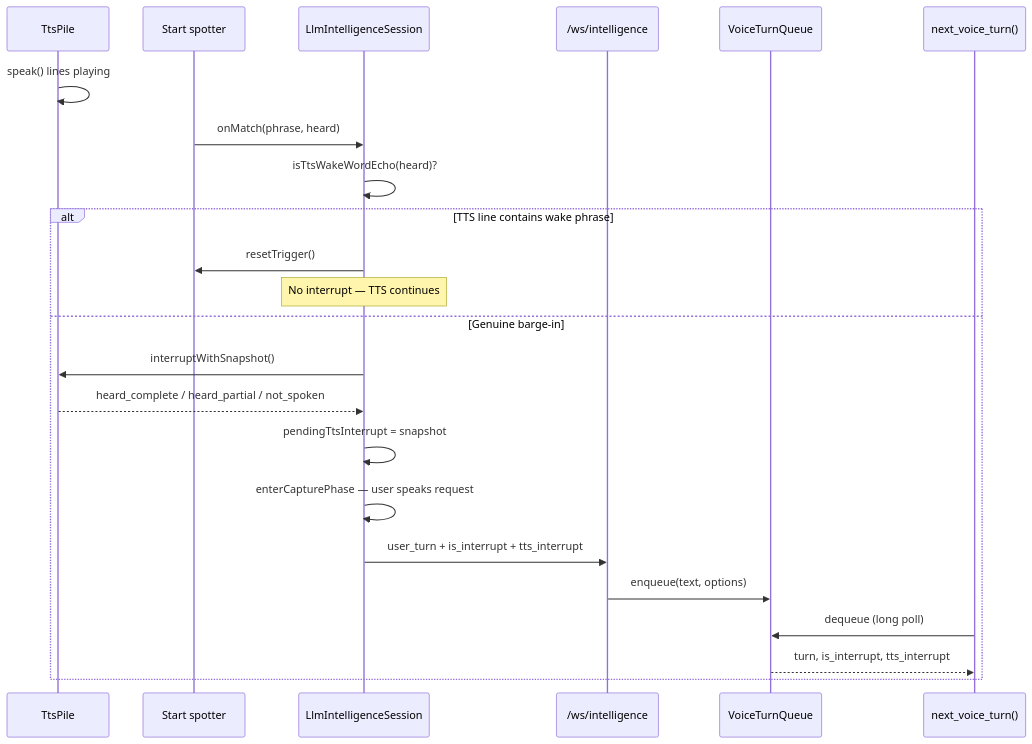
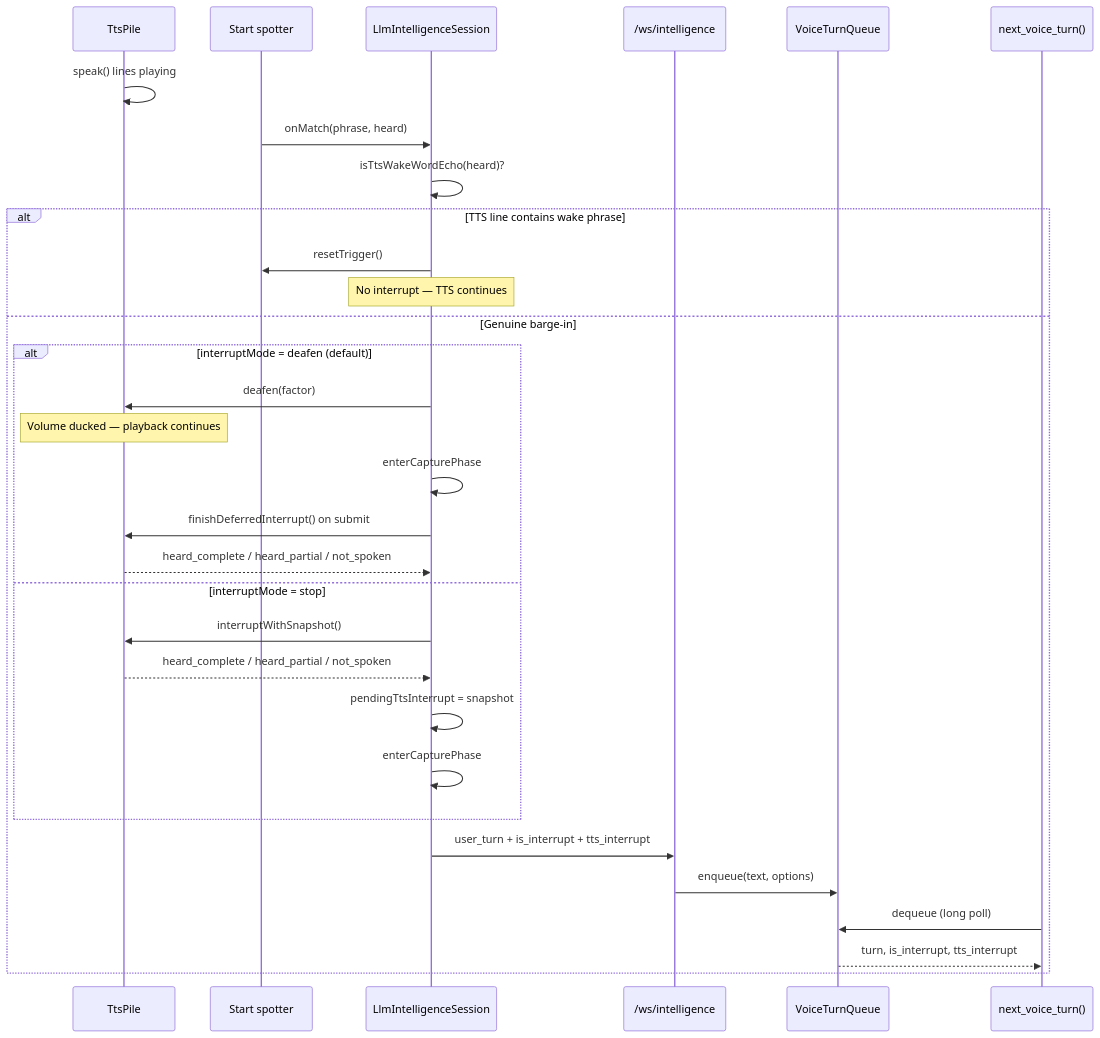
One commit to dixonSolutions/Cursor-Voice changed the diagram in docs/17-tts-barge-in-and-wake-echo.md. Above: the diagram before and after it, drawn with Mermaid. The commit also changed other lines of this file and 39 other files, not shown here.

First line of the commit message:
Add TTS deafen on interrupt, browser voice profiles, and admin config centre.

````diff
--- a/docs/17-tts-barge-in-and-wake-echo.md
+++ b/docs/17-tts-barge-in-and-wake-echo.md
@@ -73,26 +73,34 @@
 ```mermaid
 sequenceDiagram
   participant TTS as TtsPile
   participant Vosk as Start spotter
   participant PWA as LlmIntelligenceSession
   participant WS as /ws/intelligence
   participant Q as VoiceTurnQueue
   participant MCP as next_voice_turn()
 
   TTS->>TTS: speak() lines playing
   Vosk->>PWA: onMatch(phrase, heard)
   PWA->>PWA: isTtsWakeWordEcho(heard)?
   alt TTS line contains wake phrase
     PWA->>Vosk: resetTrigger()
     Note over PWA: No interrupt — TTS continues
   else Genuine barge-in
-    PWA->>TTS: interruptWithSnapshot()
-    TTS-->>PWA: heard_complete / heard_partial / not_spoken
-    PWA->>PWA: pendingTtsInterrupt = snapshot
-    PWA->>PWA: enterCapturePhase — user speaks request
+    alt interruptMode = deafen (default)
+      PWA->>TTS: deafen(factor)
+      Note over TTS: Volume ducked — playback continues
+      PWA->>PWA: enterCapturePhase
+      PWA->>TTS: finishDeferredInterrupt() on submit
+      TTS-->>PWA: heard_complete / heard_partial / not_spoken
+    else interruptMode = stop
+      PWA->>TTS: interruptWithSnapshot()
+      TTS-->>PWA: heard_complete / heard_partial / not_spoken
+      PWA->>PWA: pendingTtsInterrupt = snapshot
+      PWA->>PWA: enterCapturePhase
+    end
     PWA->>WS: user_turn + is_interrupt + tts_interrupt
     WS->>Q: enqueue(text, options)
     MCP->>Q: dequeue (long poll)
     Q-->>MCP: turn, is_interrupt, tts_interrupt
   end
 ```
````
